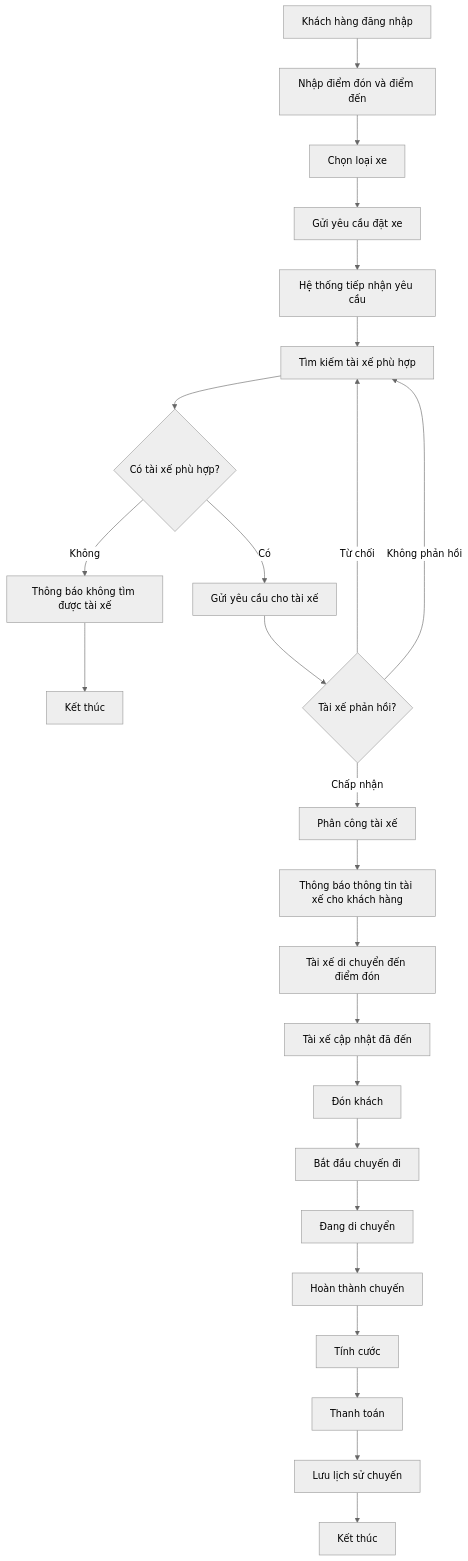
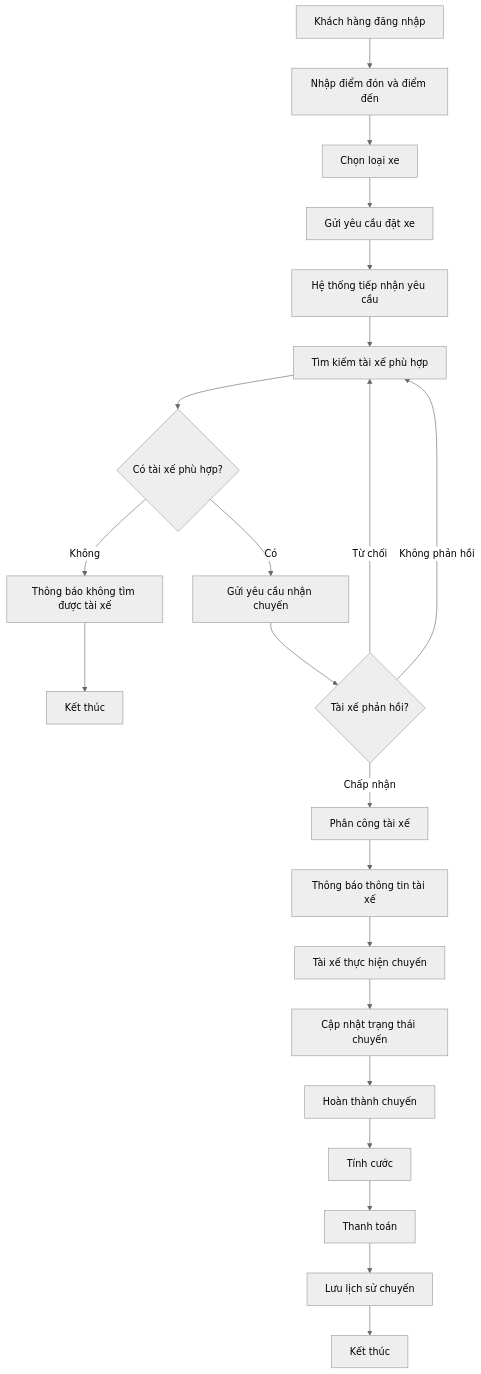
One commit to tuyetsang-sun/23663021_DaoThiTuyetSang_CABSYSTEM changed the fourth of 7 diagrams in SRS.md. Above: the diagram before and after it, drawn with Mermaid (neutral theme). The commit also changed other lines of this file, not shown here.

````diff
--- a/SRS.md
+++ b/SRS.md
@@ -303,32 +356,29 @@
 ```mermaid
 flowchart TD
     A["Khách hàng đăng nhập"] --> B["Nhập điểm đón và điểm đến"]
     B --> C["Chọn loại xe"]
     C --> D["Gửi yêu cầu đặt xe"]
     D --> E["Hệ thống tiếp nhận yêu cầu"]
     E --> F["Tìm kiếm tài xế phù hợp"]
 
     F --> G{"Có tài xế phù hợp?"}
 
     G -->|Không| H["Thông báo không tìm được tài xế"]
     H --> I["Kết thúc"]
 
-    G -->|Có| J["Gửi yêu cầu cho tài xế"]
+    G -->|Có| J["Gửi yêu cầu nhận chuyến"]
     J --> K{"Tài xế phản hồi?"}
 
     K -->|Từ chối| F
     K -->|Không phản hồi| F
     K -->|Chấp nhận| L["Phân công tài xế"]
 
-    L --> M["Thông báo thông tin tài xế cho khách hàng"]
-    M --> N["Tài xế di chuyển đến điểm đón"]
-    N --> O["Tài xế cập nhật đã đến"]
-    O --> P["Đón khách"]
-    P --> Q["Bắt đầu chuyến đi"]
-    Q --> R["Đang di chuyển"]
-    R --> S["Hoàn thành chuyến"]
-    S --> T["Tính cước"]
-    T --> U["Thanh toán"]
-    U --> V["Lưu lịch sử chuyến"]
-    V --> W["Kết thúc"]
+    L --> M["Thông báo thông tin tài xế"]
+    M --> N["Tài xế thực hiện chuyến"]
+    N --> O["Cập nhật trạng thái chuyến"]
+    O --> P["Hoàn thành chuyến"]
+    P --> Q["Tính cước"]
+    Q --> R["Thanh toán"]
+    R --> S["Lưu lịch sử chuyến"]
+    S --> T["Kết thúc"]
 ```
````
